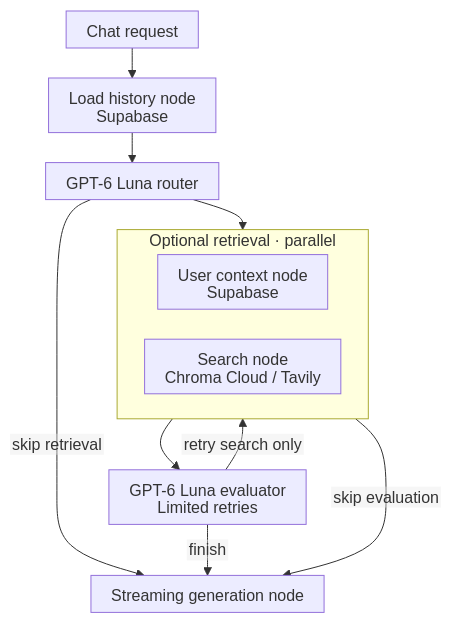
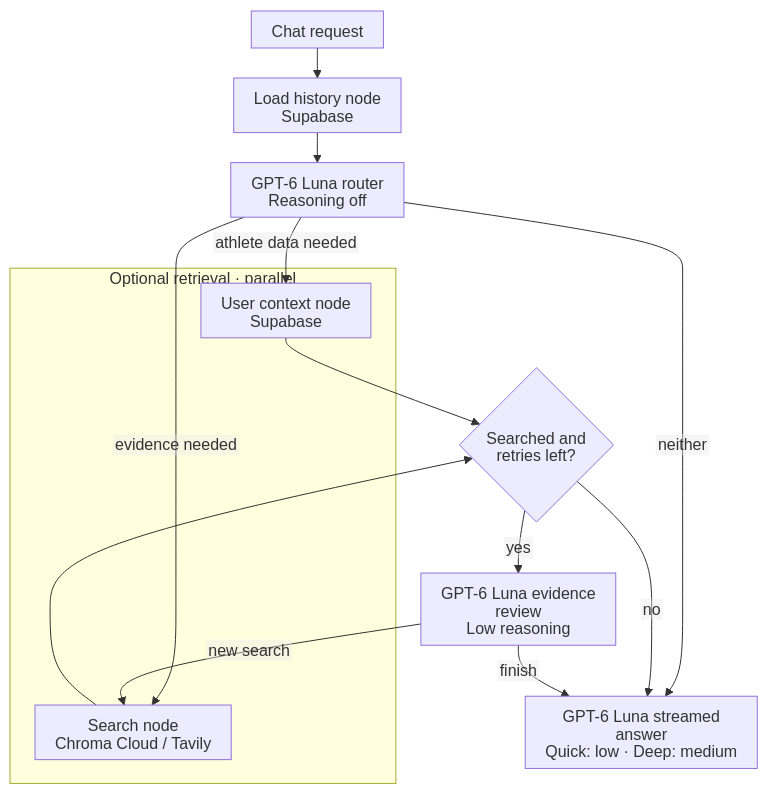
Before and after one commit to xurichard19/strength-and-conditioning-rag: the third of 5 diagrams in README.md, drawn with Mermaid. The commit also changed other lines of this file, not shown here.

First line of the commit message:
Update architecture and local setup docs

````diff
--- a/README.md
+++ b/README.md
@@ -91,28 +102,30 @@
 ```mermaid
 ---
 config:
   htmlLabels: false
   flowchart:
     htmlLabels: false
     nodeSpacing: 30
     rankSpacing: 30
     padding: 10
 ---
 flowchart TB
     Request["Chat request"] --> History["Load history node<br/>Supabase"]
-    History --> Route["GPT-6 Luna router"]
+    History --> Route["GPT-6 Luna router<br/>Reasoning off"]
 
     subgraph Retrieval["Optional retrieval · parallel"]
         Context["User context node<br/>Supabase"]
         Search["Search node<br/>Chroma Cloud / Tavily"]
     end
 
-    Route --> Retrieval
-    Route -->|skip retrieval| Generate
-    Retrieval --> Evaluate["GPT-6 Luna evaluator<br/>Limited retries"]
-    Retrieval -->|skip evaluation| Generate
-    Evaluate -->|retry search only| Retrieval
+    Route -->|athlete data needed| Context
+    Route -->|evidence needed| Search
+    Route -->|neither| Generate
+    Context --> Ready{"Searched and<br/>retries left?"}
+    Search --> Ready
+    Ready -->|yes| Evaluate["GPT-6 Luna evidence review<br/>Low reasoning"]
+    Ready -->|no| Generate
+    Evaluate -->|new search| Search
     Evaluate -->|finish| Generate
-
-    Generate["Streaming generation node"]
+    Generate["GPT-6 Luna streamed answer<br/>Quick: low · Deep: medium"]
 ```
````
